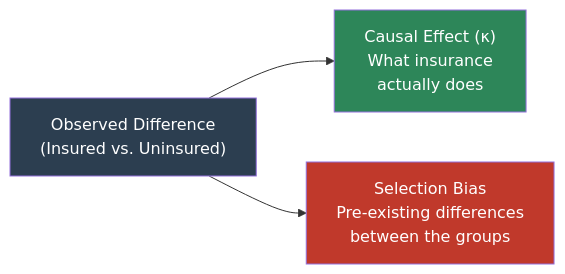
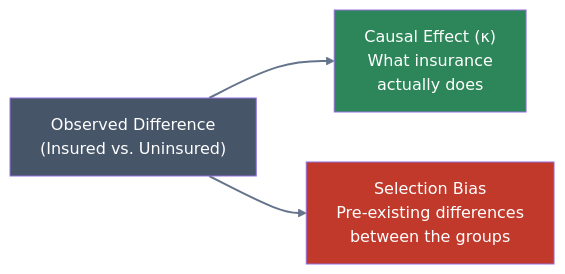
The second of 6 diagrams in notebooks_quarto/01-randomized-trials.qmd (cmg777/intro2causal), drawn with Mermaid before and after one commit. The commit also changed other lines of this file and 17 other files, not shown here.

````diff
--- a/notebooks_quarto/01-randomized-trials.qmd
+++ b/notebooks_quarto/01-randomized-trials.qmd
@@ -507,11 +499,12 @@
 ```{mermaid}
 %%| label: fig-decomposition
 %%| fig-cap: "The observed comparison bundles together the causal effect and selection bias. We need tools to separate them."
 
 graph LR
     A["Observed Difference<br/>(Insured vs. Uninsured)"] --> B["Causal Effect (κ)<br/>What insurance<br/>actually does"]
     A --> C["Selection Bias<br/>Pre-existing differences<br/>between the groups"]
     style B fill:#2d8659,color:#fff
     style C fill:#c0392b,color:#fff
-    style A fill:#2c3e50,color:#fff
+    style A fill:#475569,color:#fff
+    linkStyle default stroke:#64748b,stroke-width:2px
 ```
````
